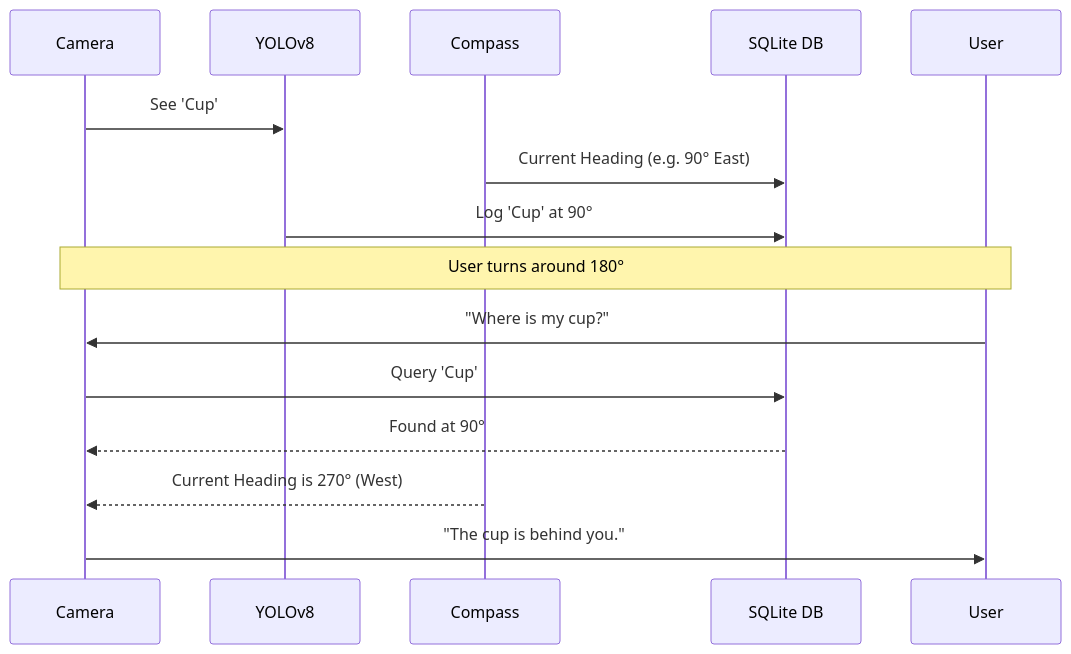
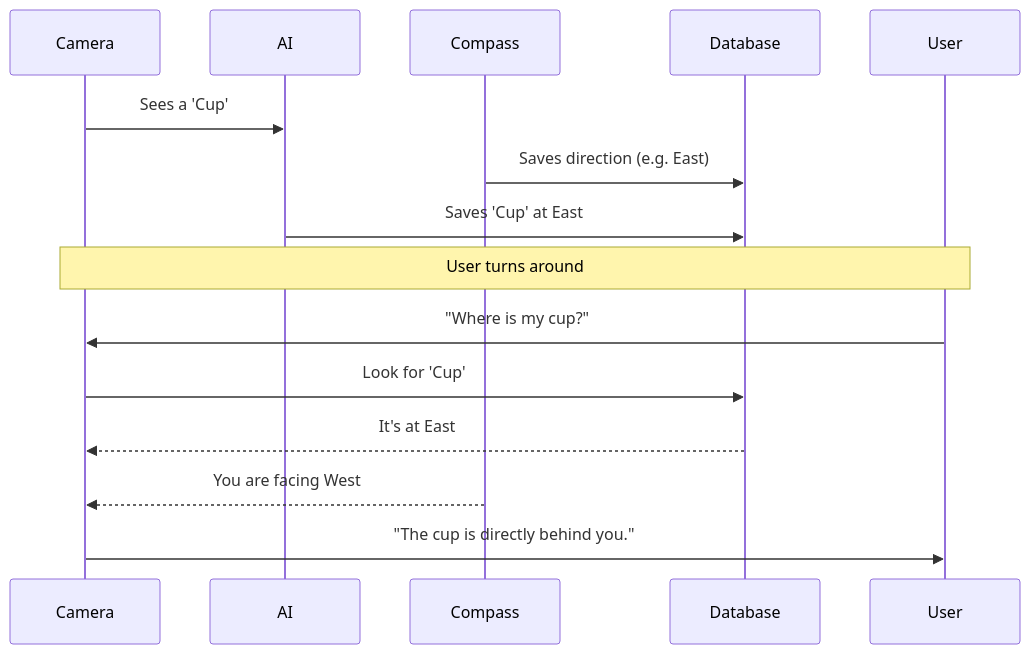
One commit to Kartikey-varshney206/Blind-stick-android-app changed the third of 4 diagrams in README.md. Above: the diagram before and after it, drawn with Mermaid. The commit also changed other lines of this file, not shown here.

````diff
--- a/README.md
+++ b/README.md
@@ -63,18 +62,18 @@
 ```mermaid
 sequenceDiagram
     participant Camera
-    participant YOLOv8
+    participant AI
     participant Compass
-    participant SQLite DB
+    participant Database
     participant User
     
-    Camera->>YOLOv8: See 'Cup'
-    Compass->>SQLite DB: Current Heading (e.g. 90° East)
-    YOLOv8->>SQLite DB: Log 'Cup' at 90°
-    Note over Camera,User: User turns around 180°
+    Camera->>AI: Sees a 'Cup'
+    Compass->>Database: Saves direction (e.g. East)
+    AI->>Database: Saves 'Cup' at East
+    Note over Camera,User: User turns around
     User->>Camera: "Where is my cup?"
-    Camera->>SQLite DB: Query 'Cup'
-    SQLite DB-->>Camera: Found at 90°
-    Compass-->>Camera: Current Heading is 270° (West)
-    Camera->>User: "The cup is behind you."
+    Camera->>Database: Look for 'Cup'
+    Database-->>Camera: It's at East
+    Compass-->>Camera: You are facing West
+    Camera->>User: "The cup is directly behind you."
 ```
````
